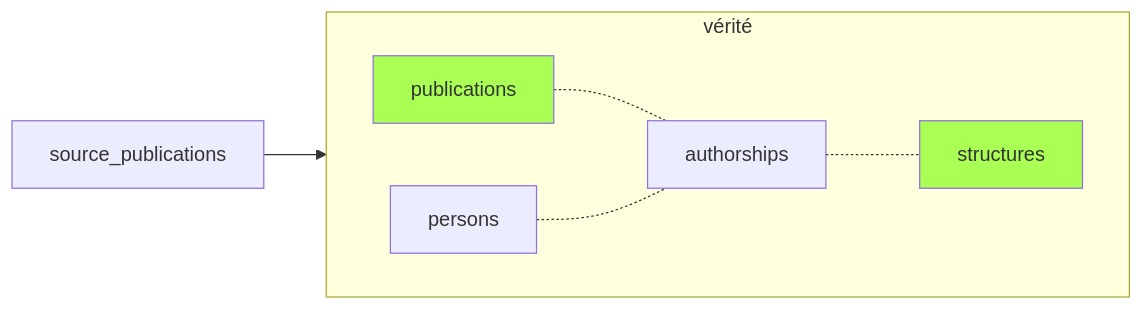
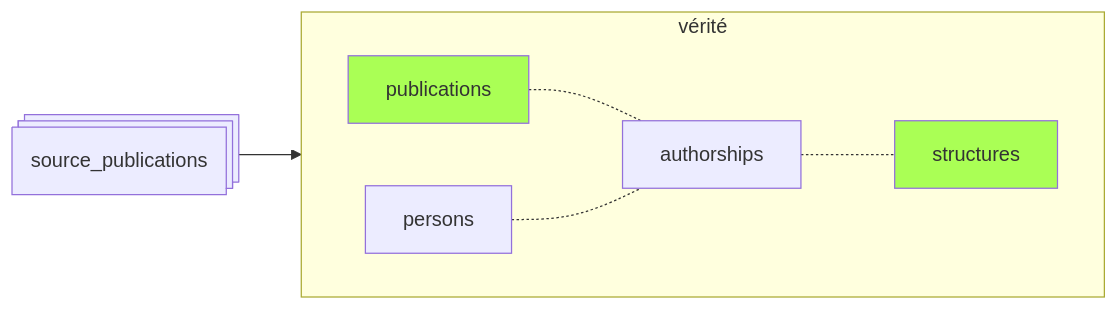
The second of 4 diagrams in docs/pipeline/09-resume.md (Y33sha/bibliometrie-uca), drawn with Mermaid before and after one commit. The commit also changed other lines of this file and 12 other files, not shown here.

Commit message:
doc + schema

````diff
--- a/docs/pipeline/09-resume.md
+++ b/docs/pipeline/09-resume.md
@@ -19,13 +19,13 @@
 ```mermaid
 flowchart LR
-    source_publications-->A
+    D@{ shape: procs, label: "source_publications"}-->A
 
     subgraph vérité
     direction LR
     A[publications]-.-B[authorships]
     C[persons]-.-B
     B-.-F[structures]
     end
     classDef valid  fill:#af5
     class F,A valid;
 ```
````
